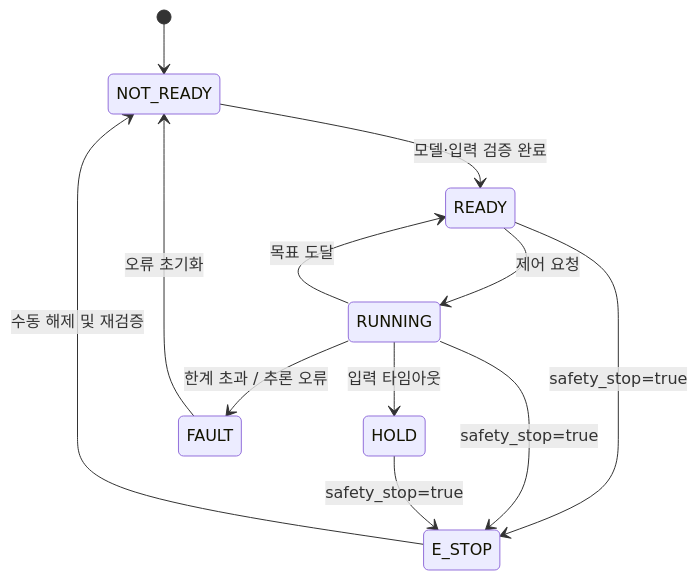
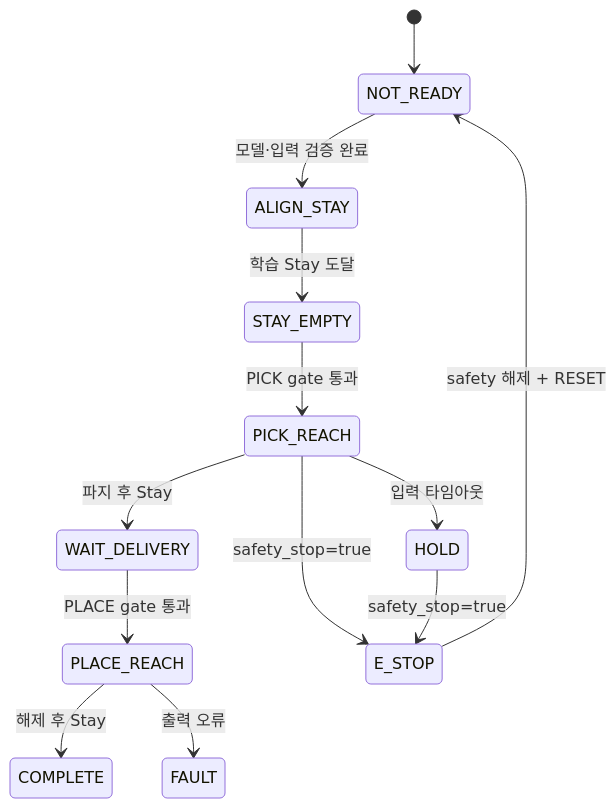
One commit to KweonTJ/Omx_Turtle_Bot changed the second of 2 diagrams in omx_rl_control/README.md. Above: the diagram before and after it, drawn with Mermaid. The commit also changed other lines of this file and 33 other files, not shown here.

````diff
--- a/omx_rl_control/README.md
+++ b/omx_rl_control/README.md
@@ -67,14 +118,15 @@
 ```mermaid
 stateDiagram-v2
     [*] --> NOT_READY
-    NOT_READY --> READY: 모델·입력 검증 완료
-    READY --> RUNNING: 제어 요청
-    RUNNING --> READY: 목표 도달
-    RUNNING --> HOLD: 입력 타임아웃
-    RUNNING --> FAULT: 한계 초과 / 추론 오류
-    READY --> E_STOP: safety_stop=true
-    RUNNING --> E_STOP: safety_stop=true
+    NOT_READY --> ALIGN_STAY: 모델·입력 검증 완료
+    ALIGN_STAY --> STAY_EMPTY: 학습 Stay 도달
+    STAY_EMPTY --> PICK_REACH: PICK gate 통과
+    PICK_REACH --> WAIT_DELIVERY: 파지 후 Stay
+    WAIT_DELIVERY --> PLACE_REACH: PLACE gate 통과
+    PLACE_REACH --> COMPLETE: 해제 후 Stay
+    PICK_REACH --> HOLD: 입력 타임아웃
+    PLACE_REACH --> FAULT: 출력 오류
+    PICK_REACH --> E_STOP: safety_stop=true
     HOLD --> E_STOP: safety_stop=true
-    E_STOP --> NOT_READY: 수동 해제 및 재검증
-    FAULT --> NOT_READY: 오류 초기화
+    E_STOP --> NOT_READY: safety 해제 + RESET
 ```
````
